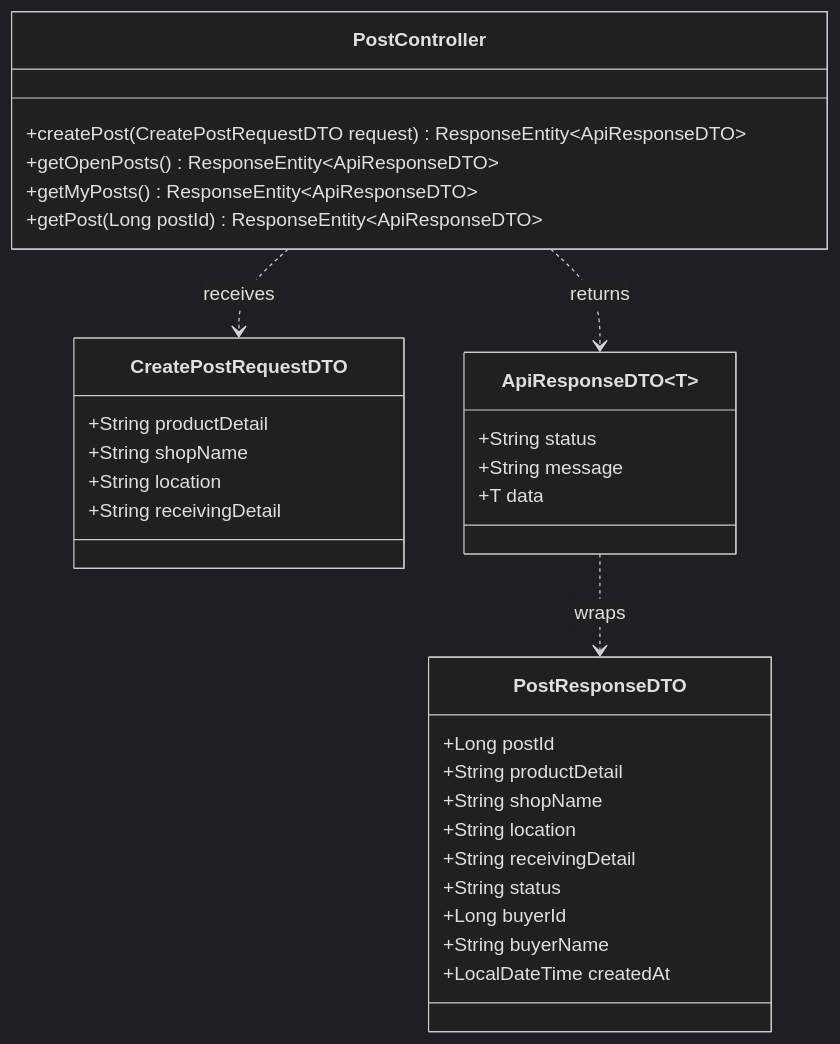
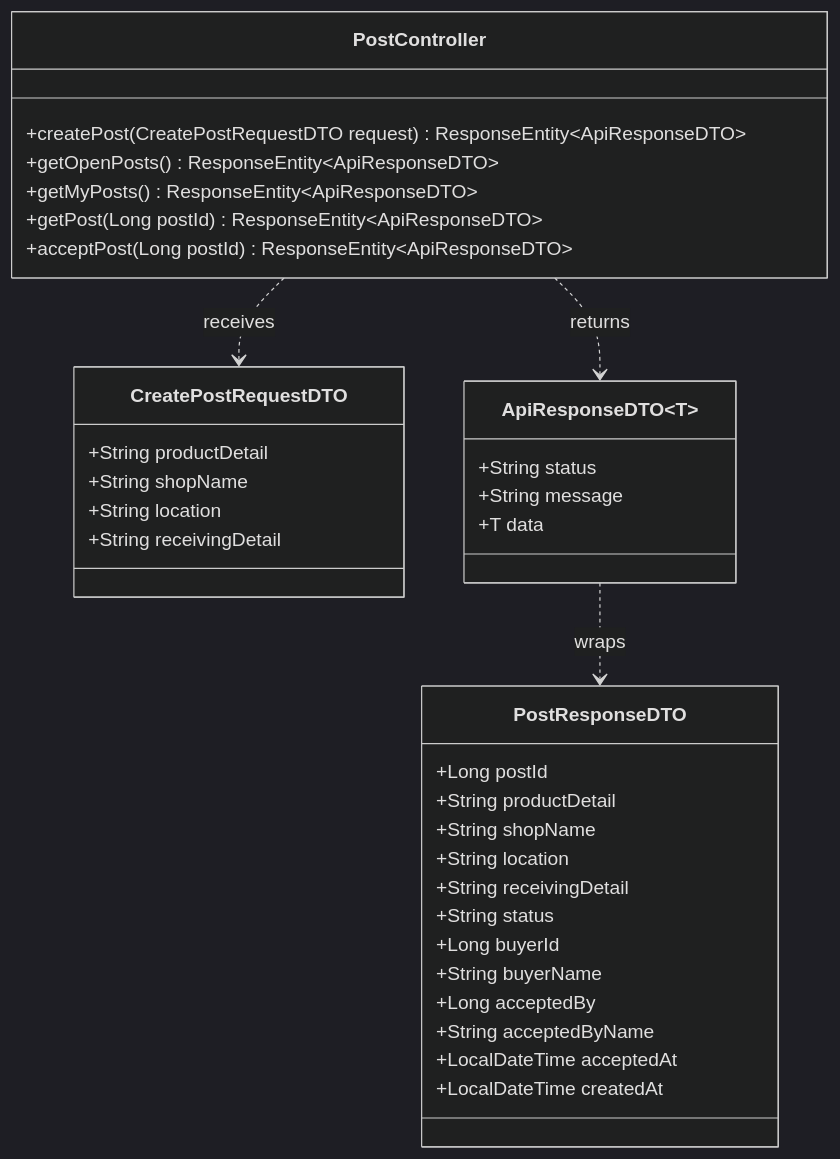
One commit to BlackyB0o/CS261_650001_group5 changed the first of 4 diagrams in docs/task-12/README.md. Above: the diagram before and after it, drawn with Mermaid (dark theme). The commit also changed other lines of this file, not shown here.

Commit message:
removed roles, add accept-post endpoint

````diff
--- a/docs/task-12/README.md
+++ b/docs/task-12/README.md
@@ -105,35 +141,39 @@
 ```mermaid
 classDiagram
     class PostController {
         +createPost(CreatePostRequestDTO request) ResponseEntity~ApiResponseDTO~
         +getOpenPosts() ResponseEntity~ApiResponseDTO~
         +getMyPosts() ResponseEntity~ApiResponseDTO~
         +getPost(Long postId) ResponseEntity~ApiResponseDTO~
+        +acceptPost(Long postId) ResponseEntity~ApiResponseDTO~
     }
     class CreatePostRequestDTO {
         +String productDetail
         +String shopName
         +String location
         +String receivingDetail
     }
     class PostResponseDTO {
         +Long postId
         +String productDetail
         +String shopName
         +String location
         +String receivingDetail
         +String status
         +Long buyerId
         +String buyerName
+        +Long acceptedBy
+        +String acceptedByName
+        +LocalDateTime acceptedAt
         +LocalDateTime createdAt
     }
     class ApiResponseDTO~T~ {
         +String status
         +String message
         +T data
     }
 
     PostController ..> CreatePostRequestDTO : receives
     PostController ..> ApiResponseDTO : returns
     ApiResponseDTO ..> PostResponseDTO : wraps
 ```
````
